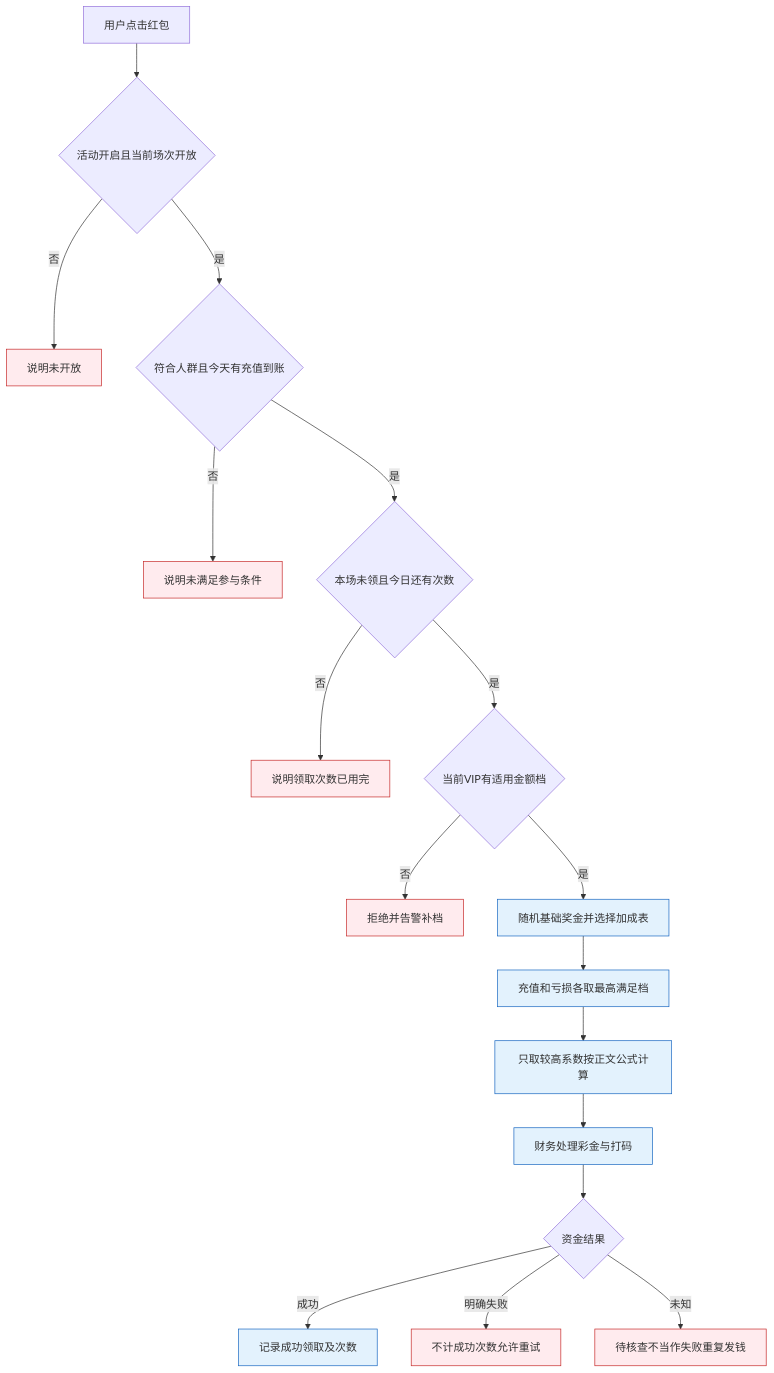
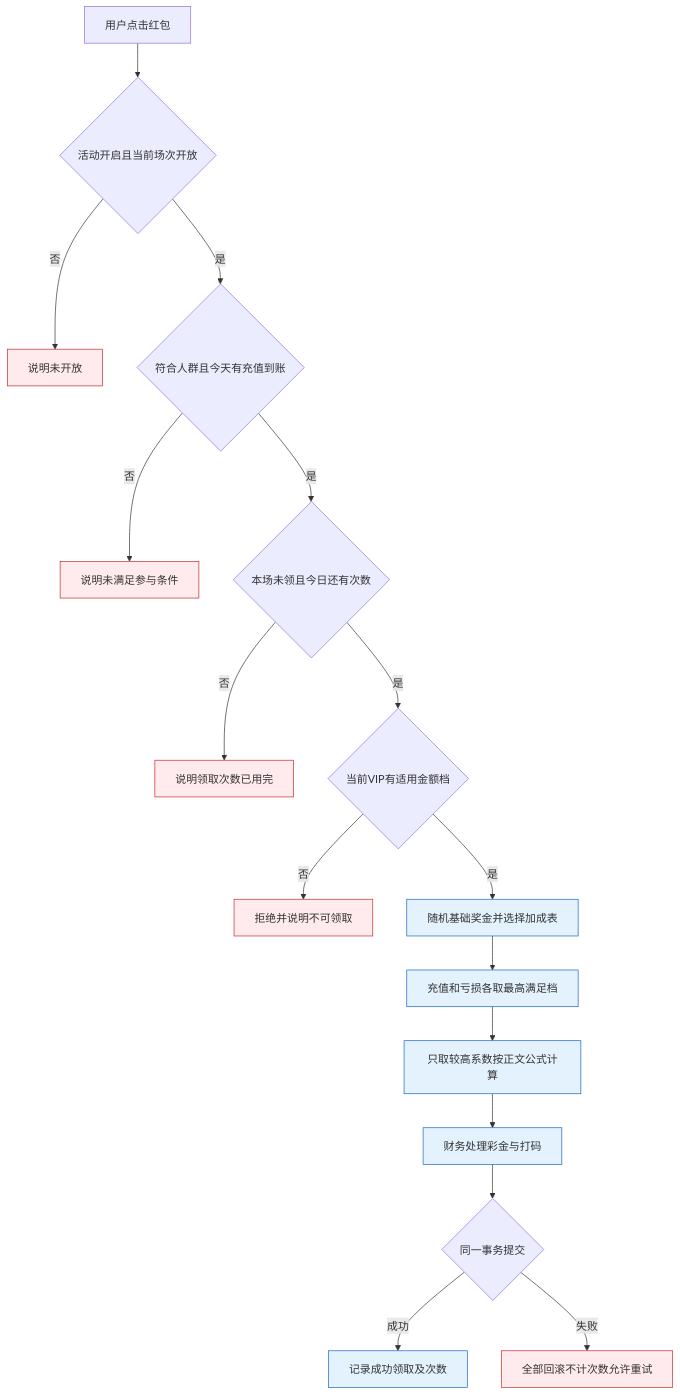
The diagram in M4-活动管理/4.2-红包雨/README.md (bingo-lab-1/bingo-figma), drawn with Mermaid before and after one commit. The commit also changed other lines of this file and 157 other files, not shown here.

````diff
--- a/M4-活动管理/4.2-红包雨/README.md
+++ b/M4-活动管理/4.2-红包雨/README.md
@@ -125,23 +126,22 @@
 ```mermaid
 flowchart TD
     A[用户点击红包] --> B{活动开启且当前场次开放}
     B -->|否| X[说明未开放]
     B -->|是| C{符合人群且今天有充值到账}
     C -->|否| Y[说明未满足参与条件]
     C -->|是| D{本场未领且今日还有次数}
     D -->|否| Z[说明领取次数已用完]
     D -->|是| E{当前VIP有适用金额档}
-    E -->|否| W[拒绝并告警补档]
+    E -->|否| W[拒绝并说明不可领取]
     E -->|是| F[随机基础奖金并选择加成表]
     F --> G[充值和亏损各取最高满足档]
     G --> H[只取较高系数按正文公式计算]
     H --> I[财务处理彩金与打码]
-    I --> J{资金结果}
+    I --> J{同一事务提交}
     J -->|成功| K[记录成功领取及次数]
-    J -->|明确失败| L[不计成功次数允许重试]
-    J -->|未知| M[待核查不当作失败重复发钱]
+    J -->|失败| L[全部回滚不计次数允许重试]
     classDef normal fill:#E3F2FD,stroke:#1565C0
     classDef stop fill:#FFEBEE,stroke:#C62828
     class F,G,H,I,K normal
-    class X,Y,Z,W,L,M stop
+    class X,Y,Z,W,L stop
 ```
````
